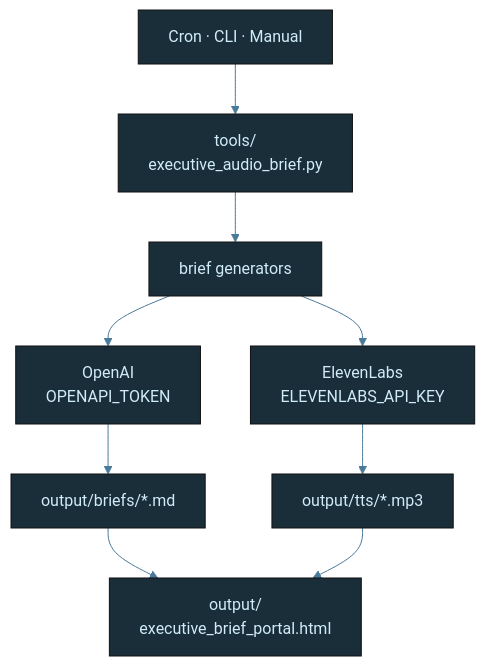
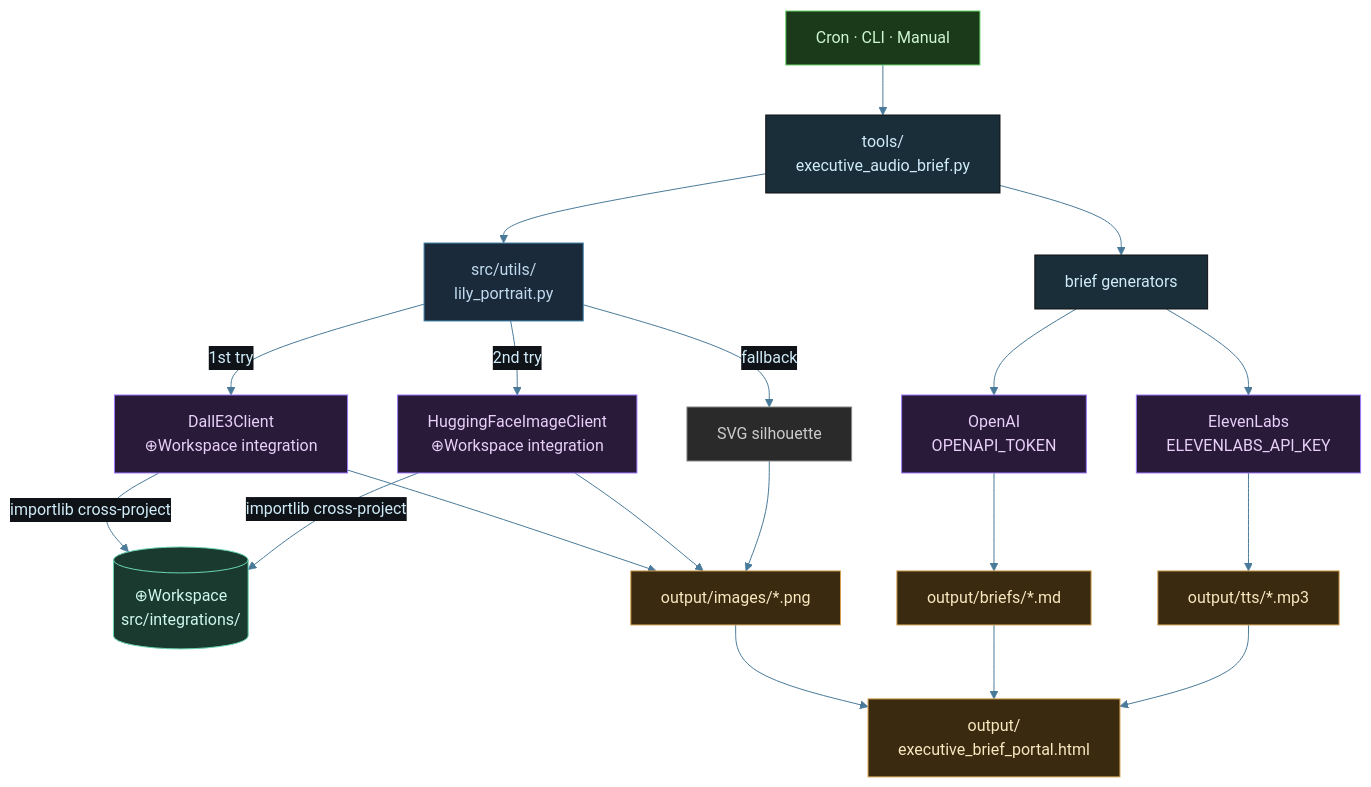
The diagram in diagrams/manifest-architecture.mmd (tylerdrakemusic/-Workspace), drawn with Mermaid before and after one commit. The commit also changed 2 other files, not shown here.

Commit message:
chore(diagrams): update architecture diagrams for image integrations
- workspace-integrations.mmd: add DALL-E 3 + HuggingFace edges from
  Workspace to OpenAI/HF external nodes; add cross-project dashed edge
  Workspace -.-> Manifest (dalle3 + hf image clients)
- workspace-architecture-detail.mmd: expand Integrations label to include
  dalle3 and huggingface modules (was: elevenlabs · mermaid)
- manifest-architecture.mmd: add lily_portrait.py utility node + full
  portrait generation cascade (DallE3 -> HFImage -> SVGFallback) with
  importlib cross-project edges to WSIntegrations; add new classDefs

Architecture reviewer verdict: HARD_BLOCK resolved.
FRs: FR-20260426-dalle3-image-integration, FR-20260426-huggingface-image-integration,
     FR-20260426-lily-portrait-executive-brief

```diff
--- a/diagrams/manifest-architecture.mmd
+++ b/diagrams/manifest-architecture.mmd
@@ -1,23 +1,41 @@
 %%{init: {'theme': 'base', 'themeVariables': {'primaryColor': '#1a2e3a', 'primaryTextColor': '#d0ecf8', 'edgeLabelBackground': '#0f1318', 'lineColor': '#4a7a9a'}}}%%
 graph TB
     Triggers[Cron · CLI · Manual] --> Tools[tools/<br/>executive_audio_brief.py]
     Tools --> Briefs[brief generators]
+    Tools --> LilyPortrait[src/utils/<br/>lily_portrait.py]
     Briefs --> OpenAI[OpenAI<br/>OPENAPI_TOKEN]
     Briefs --> ElevenLabs[ElevenLabs<br/>ELEVENLABS_API_KEY]
+    LilyPortrait -->|1st try| DallE3[DallE3Client<br/>⊕Workspace integration]
+    LilyPortrait -->|2nd try| HFImage[HuggingFaceImageClient<br/>⊕Workspace integration]
+    LilyPortrait -->|fallback| SVGFallback[SVG silhouette]
+    DallE3 -->|importlib cross-project| WSIntegrations[(⊕Workspace<br/>src/integrations/)]
+    HFImage -->|importlib cross-project| WSIntegrations
+    DallE3 --> ImagesOut[output/images/*.png]
+    HFImage --> ImagesOut
+    SVGFallback --> ImagesOut
+    ImagesOut --> Portal[output/<br/>executive_brief_portal.html]
     OpenAI --> TextOut[output/briefs/*.md]
     ElevenLabs --> AudioOut[output/tts/*.mp3]
-    TextOut --> Portal[output/<br/>executive_brief_portal.html]
+    TextOut --> Portal
     AudioOut --> Portal
     class Triggers trig
-    class OpenAI,ElevenLabs api
-    class TextOut,AudioOut,Portal out
+    class OpenAI,ElevenLabs,DallE3,HFImage api
+    class TextOut,AudioOut,Portal,ImagesOut out
+    class WSIntegrations ws
+    class LilyPortrait util
+    class SVGFallback fallback
 
 classDef life     fill:#1a2e3a,stroke:#6ab4d4,color:#d0ecf8
 classDef music    fill:#3a1a24,stroke:#d47a8f,color:#f8d0dc
 classDef quantum  fill:#251a3a,stroke:#a07adf,color:#e8d0f8
 classDef manifest fill:#3a2e1a,stroke:#d4a96a,color:#f8ead0
 classDef ws       fill:#1a3a30,stroke:#6ad4b4,color:#d0f8ee
 classDef tyler    fill:#2a1a3a,stroke:#9e4aff,color:#fff
 classDef ext      fill:#3a2020,stroke:#ff7a7a,color:#ffd0d0
 classDef db       fill:#3a3010,stroke:#d4c050,color:#f8f0c0
 classDef state    fill:#1a1a1a,stroke:#888888,color:#cccccc
+classDef api      fill:#2a1a3a,stroke:#9e7aff,color:#e8d0f8
+classDef trig     fill:#1a3a1a,stroke:#6ad46a,color:#d0f8d0
+classDef out      fill:#3a2a10,stroke:#d4a050,color:#f8e8c0
+classDef util     fill:#1a2a3a,stroke:#4a8ab4,color:#c0daf0
+classDef fallback fill:#2a2a2a,stroke:#888888,color:#cccccc
```
